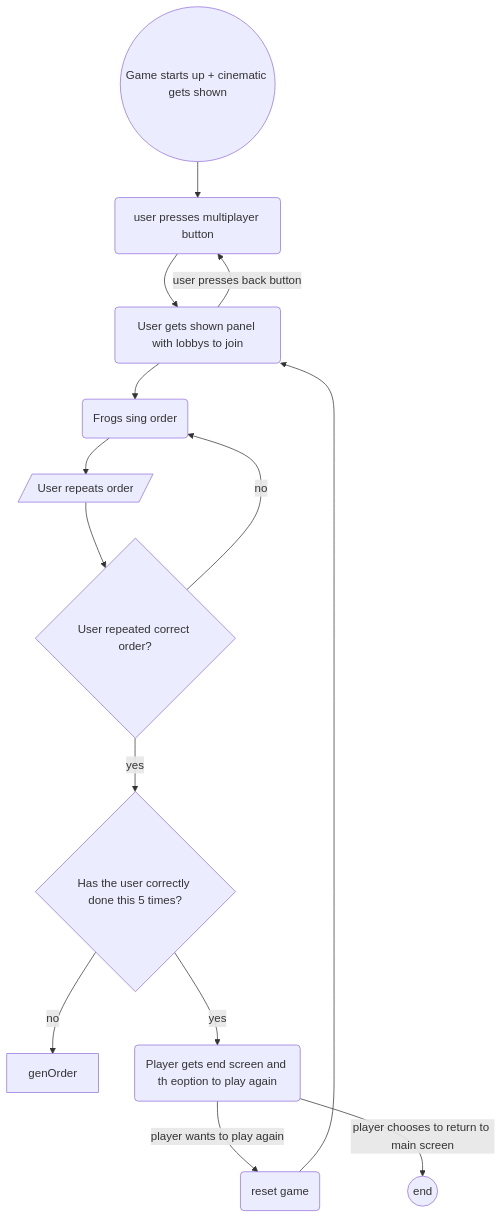
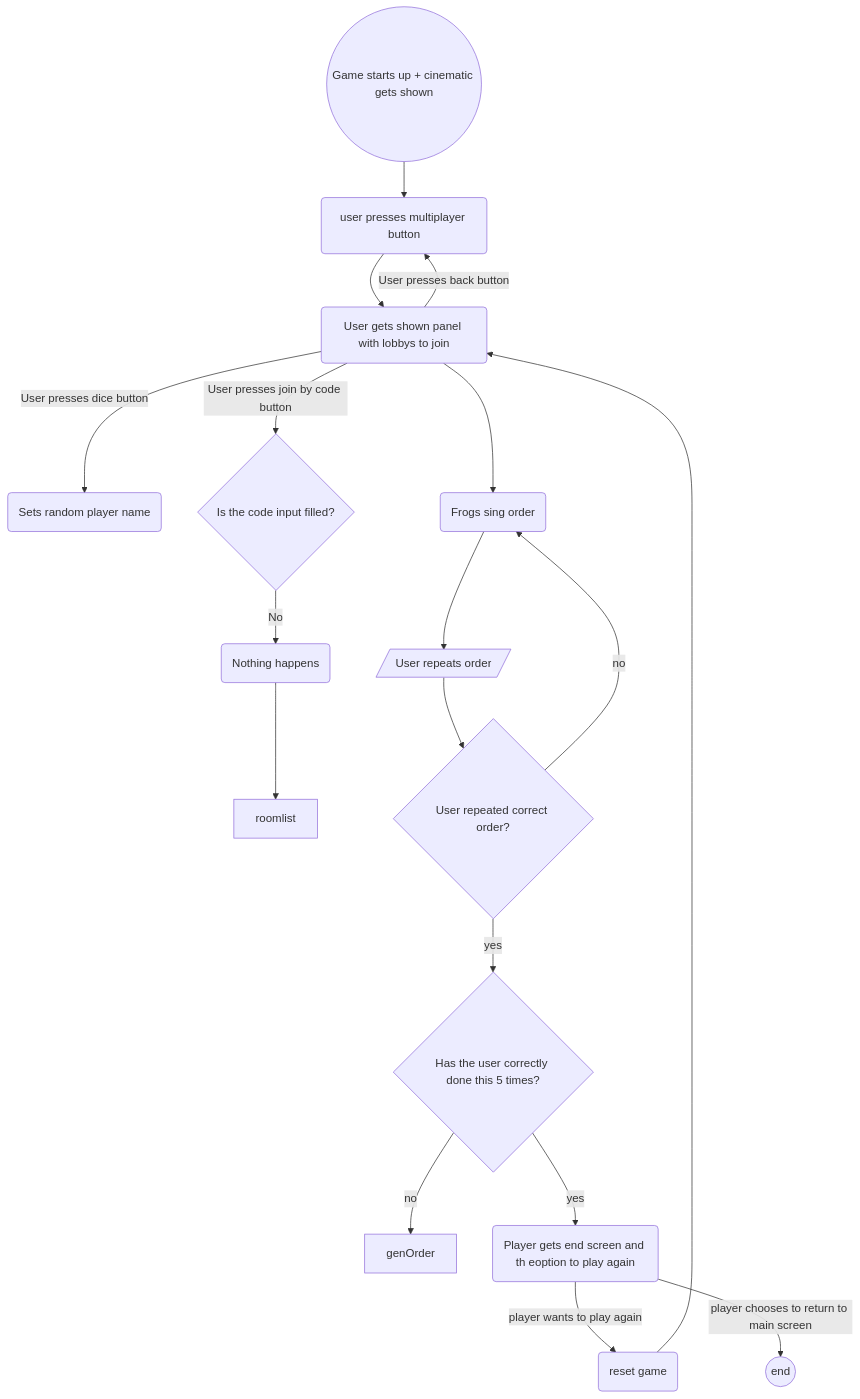
The first of 2 diagrams in README.md (T3rabyte/Examen), drawn with Mermaid before and after one commit.

````diff
--- a/README.md
+++ b/README.md
@@ -55,16 +55,20 @@
 ```mermaid
 graph TD;
     start((Game starts up + cinematic gets shown)) --> mainMenu(user presses multiplayer button);
     mainMenu --> roomList(User gets shown panel with lobbys to join);
-    roomList --> |user presses back button| mainMenu;
+    roomList --> |User presses back button| mainMenu;
+    roomList --> |User presses dice button| name(Sets random player name);
+    roomList --> |User presses join by code button| codeJoin{Is the code input filled?};
+    codeJoin --> |No| nothingResponse(Nothing happens);
+    nothingResponse --> roomlist;
     roomList --> startMini(Frogs sing order);
     startMini --> userInput[/User repeats order/];
     userInput --> correctOrder{User repeated correct order?};
     correctOrder -->|no| startMini;
     correctOrder -->|yes| complete{Has the user correctly done this 5 times?};
     complete -->|no| genOrder;
     complete -->|yes| finished(Player gets end screen and th eoption to play again);
     finished -->|player wants to play again| empty(reset game);
     empty --> roomList;
     finished -->|player chooses to return to main screen| end_d((end));
 ```
````
